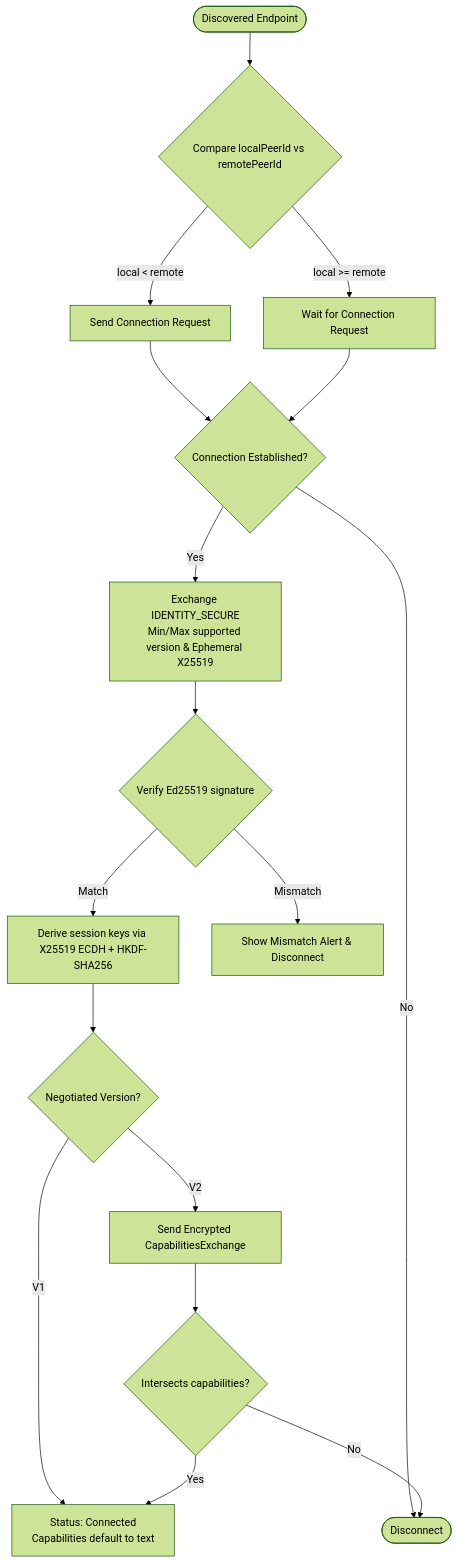
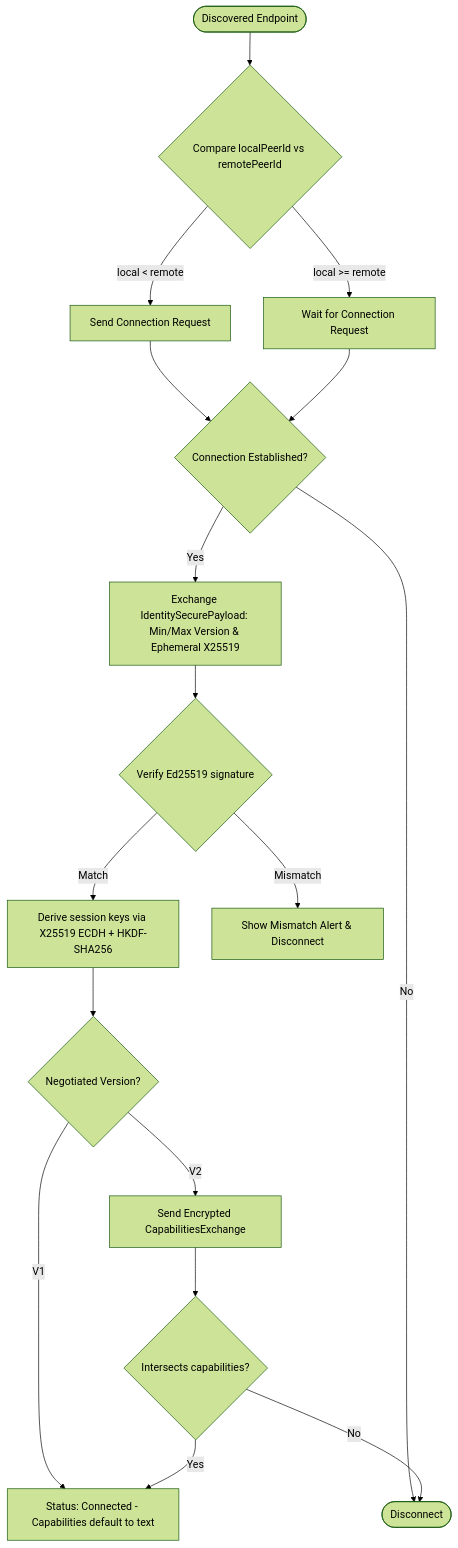
Before and after one commit to tonyloki/Vantra--Where-Devices-Become-the-Network-: the second of 7 diagrams in README.md, drawn with Mermaid (forest theme). The commit also changed other lines of this file, not shown here.

Commit message:
Revamp README with professional content, resized logo, and complete workflow diagrams

````diff
--- a/README.md
+++ b/README.md
@@ -104,24 +150,24 @@
 ```mermaid
 graph TD
     Start([Discovered Endpoint]) --> RoleNegotiate{Compare localPeerId vs remotePeerId}
     RoleNegotiate -->|local < remote| Initiator[Send Connection Request]
     RoleNegotiate -->|local >= remote| Responder[Wait for Connection Request]
     
     Initiator --> ConnectSuccess{Connection Established?}
     Responder --> ConnectSuccess
     
-    ConnectSuccess -->|Yes| SecureHandshake[Exchange IDENTITY_SECURE<br/>Min/Max supported version & Ephemeral X25519]
+    ConnectSuccess -->|Yes| SecureHandshake[Exchange IdentitySecurePayload: Min/Max Version & Ephemeral X25519]
     ConnectSuccess -->|No| Disconnect([Disconnect])
     
     SecureHandshake --> SigVerify{Verify Ed25519 signature}
     SigVerify -->|Match| KeyDerivation[Derive session keys via X25519 ECDH + HKDF-SHA256]
     SigVerify -->|Mismatch| Warning[Show Mismatch Alert & Disconnect]
     
     KeyDerivation --> VersionNegotiate{Negotiated Version?}
     VersionNegotiate -->|V2| CapExchange[Send Encrypted CapabilitiesExchange]
-    VersionNegotiate -->|V1| Connected[Status: Connected<br/>Capabilities default to text]
+    VersionNegotiate -->|V1| Connected[Status: Connected - Capabilities default to text]
     
     CapExchange --> CapMatch{Intersects capabilities?}
     CapMatch -->|Yes| Connected
     CapMatch -->|No| Disconnect
 ```
````
